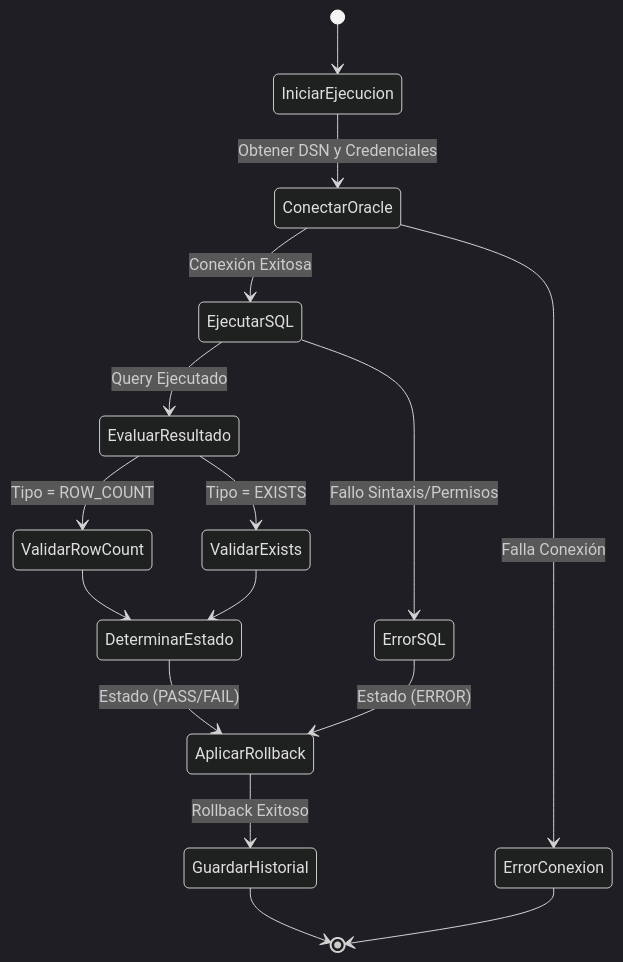
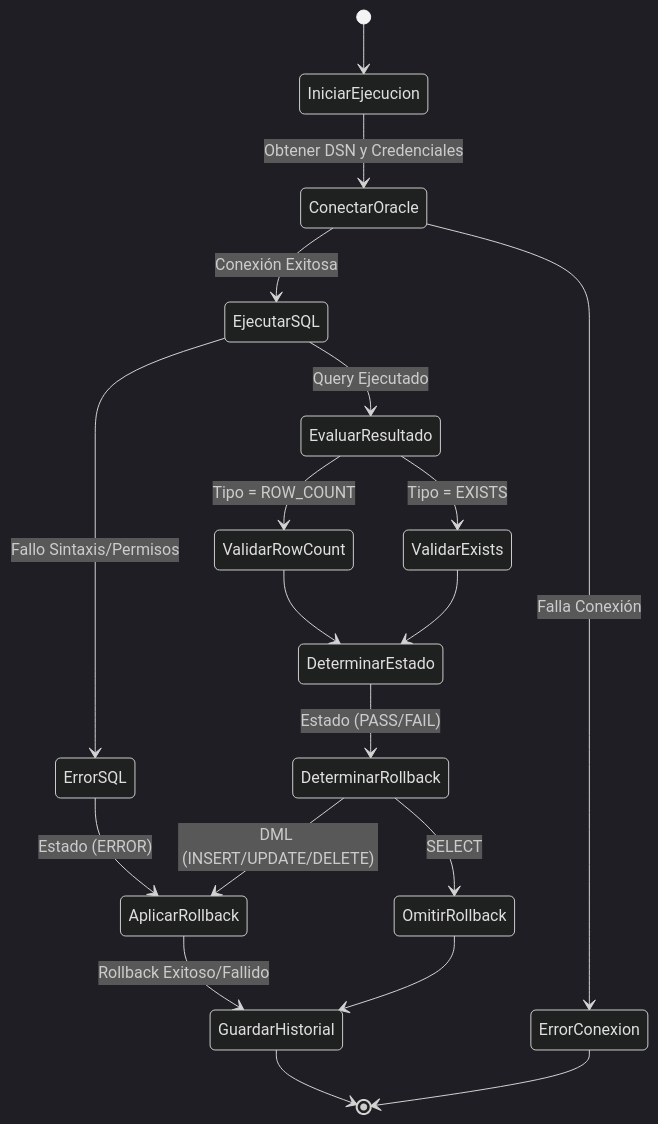
One commit to Geraldzvallos/framework-pruebas-sql-publico changed the diagram in framework-pruebas-sql/docs/diagramas/actividad.mermaid. Above: the diagram before and after it, drawn with Mermaid (dark theme). The commit also changed 17 other files, not shown here.

```diff
--- a/framework-pruebas-sql/docs/diagramas/actividad.mermaid
+++ b/framework-pruebas-sql/docs/diagramas/actividad.mermaid
@@ -1,22 +1,26 @@
 stateDiagram-v2
     [*] --> IniciarEjecucion
     IniciarEjecucion --> ConectarOracle: Obtener DSN y Credenciales
     ConectarOracle --> EjecutarSQL: Conexión Exitosa
     ConectarOracle --> ErrorConexion: Falla Conexión
 
     EjecutarSQL --> EvaluarResultado: Query Ejecutado
     EjecutarSQL --> ErrorSQL: Fallo Sintaxis/Permisos
 
     EvaluarResultado --> ValidarRowCount: Tipo = ROW_COUNT
     EvaluarResultado --> ValidarExists: Tipo = EXISTS
 
     ValidarRowCount --> DeterminarEstado
     ValidarExists --> DeterminarEstado
 
-    DeterminarEstado --> AplicarRollback: Estado (PASS/FAIL)
+    DeterminarEstado --> DeterminarRollback: Estado (PASS/FAIL)
     ErrorSQL --> AplicarRollback: Estado (ERROR)
 
-    AplicarRollback --> GuardarHistorial: Rollback Exitoso
+    DeterminarRollback --> AplicarRollback: DML (INSERT/UPDATE/DELETE)
+    DeterminarRollback --> OmitirRollback: SELECT
+
+    AplicarRollback --> GuardarHistorial: Rollback Exitoso/Fallido
+    OmitirRollback --> GuardarHistorial
 
     GuardarHistorial --> [*]
     ErrorConexion --> [*]
```
